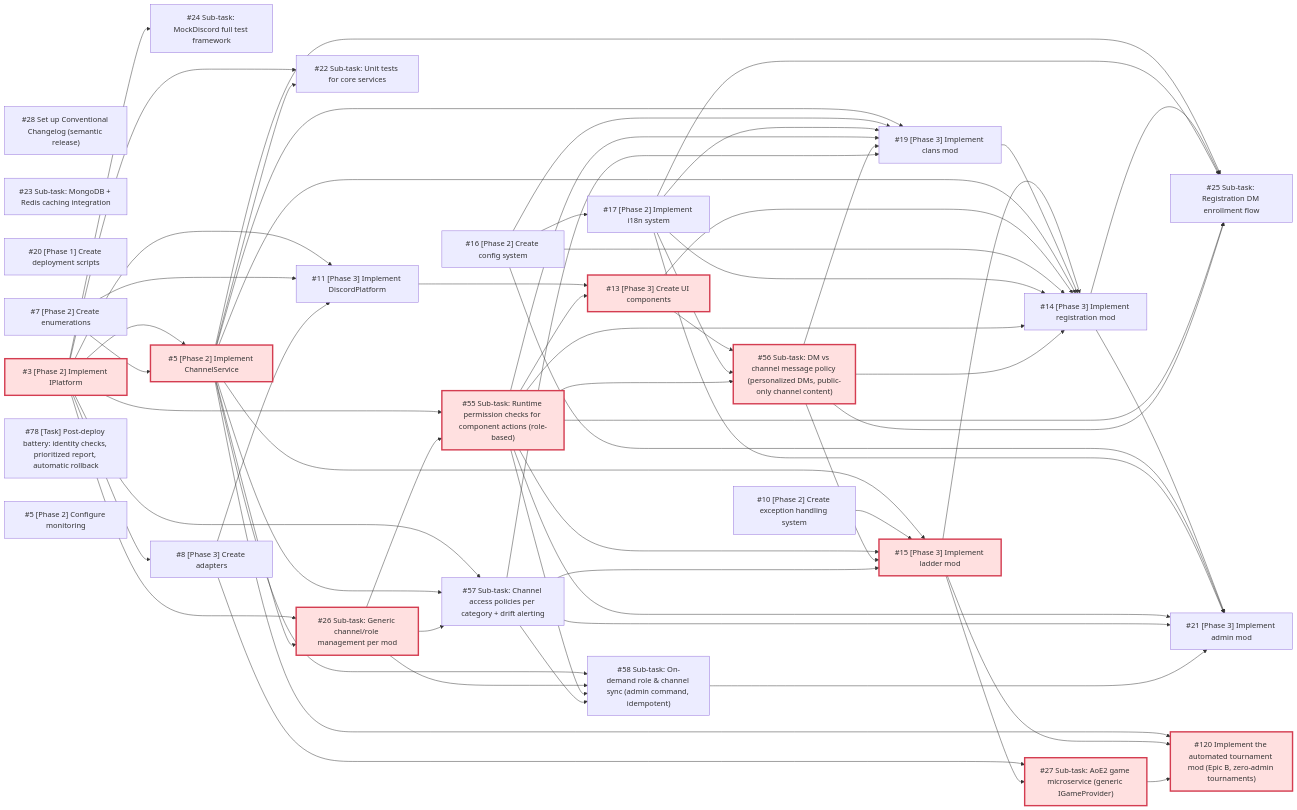
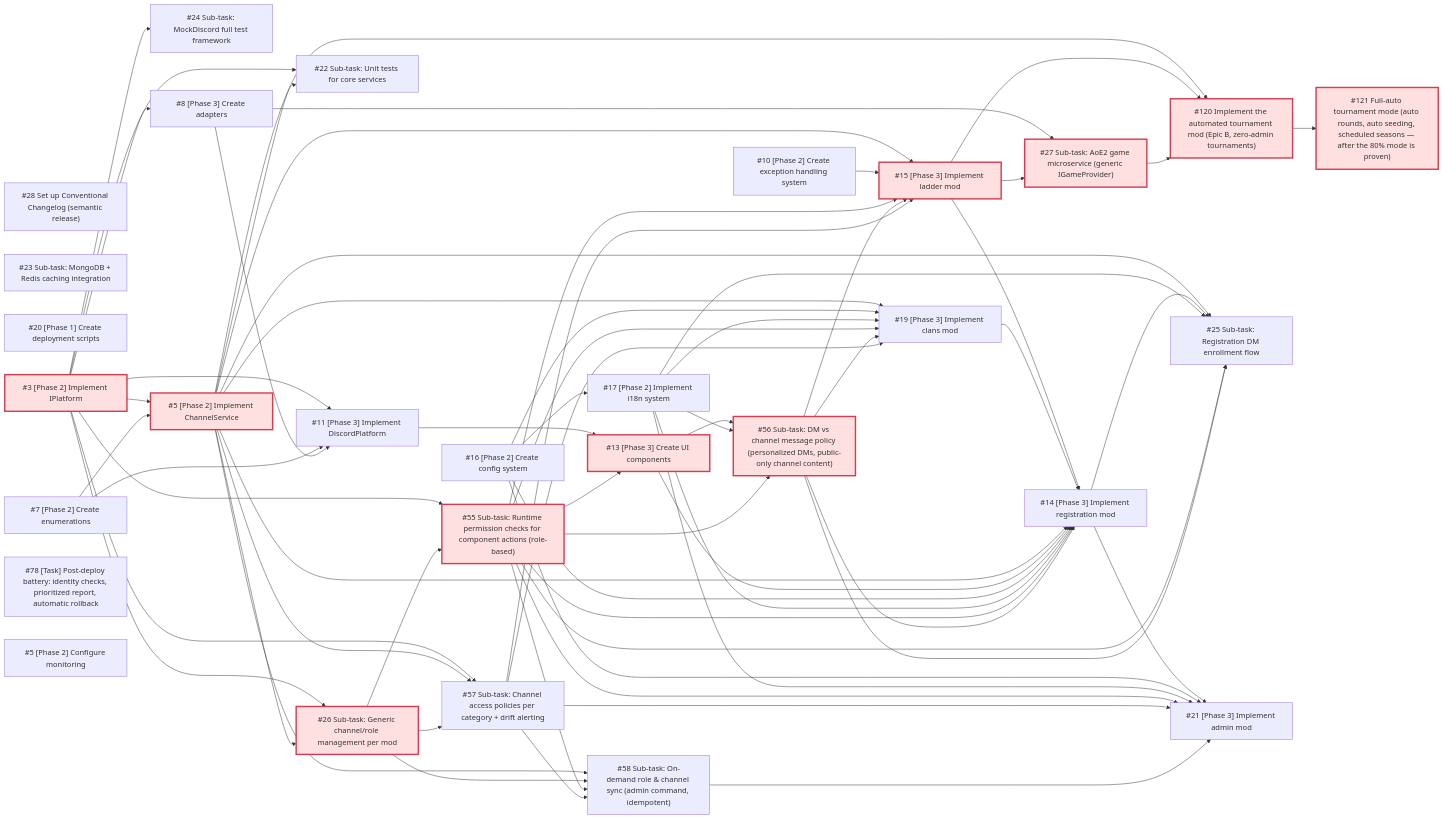
One commit to merlin-pinpin-org/kingdoms changed the diagram in docs/DEPENDENCIES.md. Above: the diagram before and after it, drawn with Mermaid. The commit also changed other lines of this file and 1 other file, not shown here.

First line of the commit message:
docs(roadmap): Epic B in two steps — 80% operator-assisted tournament (#120) first, full-auto (#121) deferred

````diff
--- a/docs/DEPENDENCIES.md
+++ b/docs/DEPENDENCIES.md
@@ -28,5 +28,6 @@
 ```mermaid
 flowchart LR
+    ks_121["#121 Full-auto tournament mode (auto rounds, auto seeding, scheduled seasons — after the 80% mode is proven)"]
     ks_120["#120 Implement the automated tournament mod (Epic B, zero-admin tournaments)"]
     ks_58["#58 Sub-task: On-demand role & channel sync (admin command, idempotent)"]
     ks_57["#57 Sub-task: Channel access policies per category + drift alerting"]
@@ -55,6 +56,7 @@
     ks_3["#3 [Phase 2] Implement IPlatform"]
     ki_78["#78 [Task] Post-deploy battery: identity checks, prioritized report, automatic rollback"]
     ki_5["#5 [Phase 2] Configure monitoring"]
+    ks_120 --> ks_121
     ks_5 --> ks_120
     ks_15 --> ks_120
     ks_27 --> ks_120
@@ -117,5 +119,5 @@
     ks_3 --> ks_5
     ks_7 --> ks_5
     classDef critical fill:#ffe0e0,stroke:#d43d51,stroke-width:3px;
-    class ks_3,ks_5,ks_26,ks_55,ks_13,ks_56,ks_15,ks_27,ks_120 critical
+    class ks_3,ks_5,ks_26,ks_55,ks_13,ks_56,ks_15,ks_27,ks_120,ks_121 critical
 ```
````
